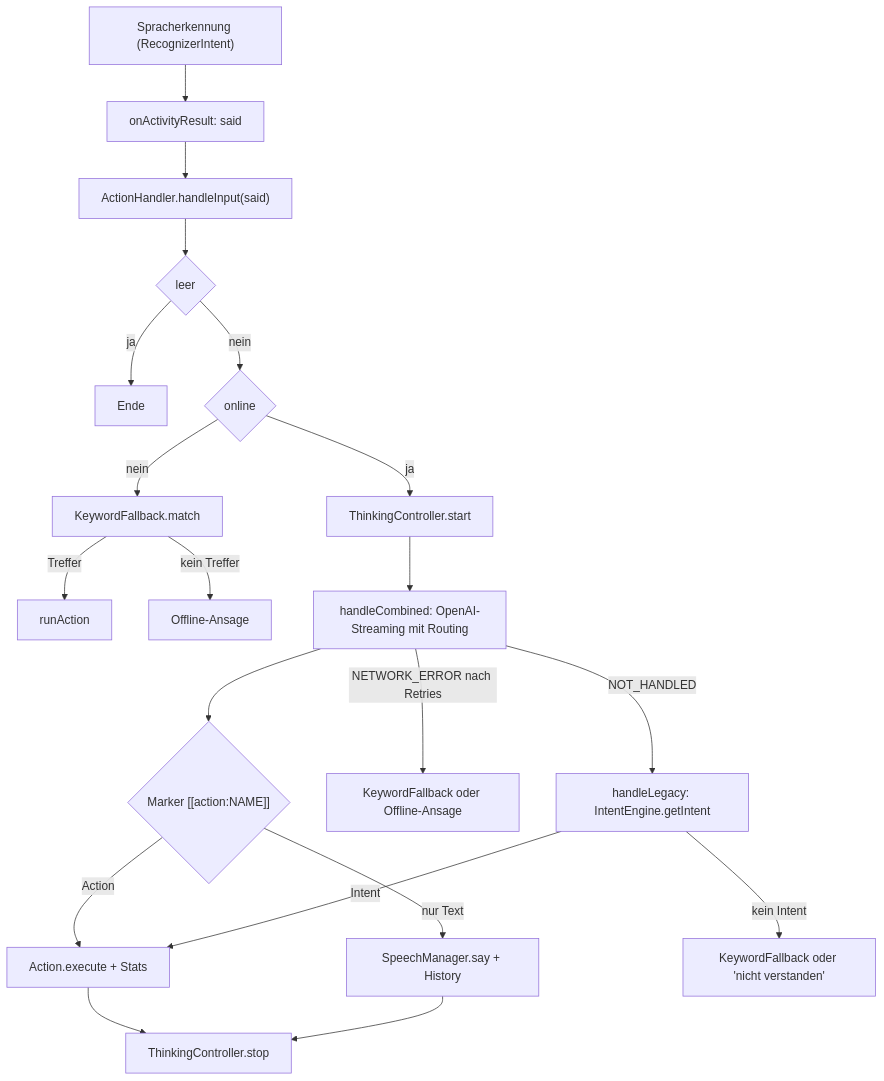
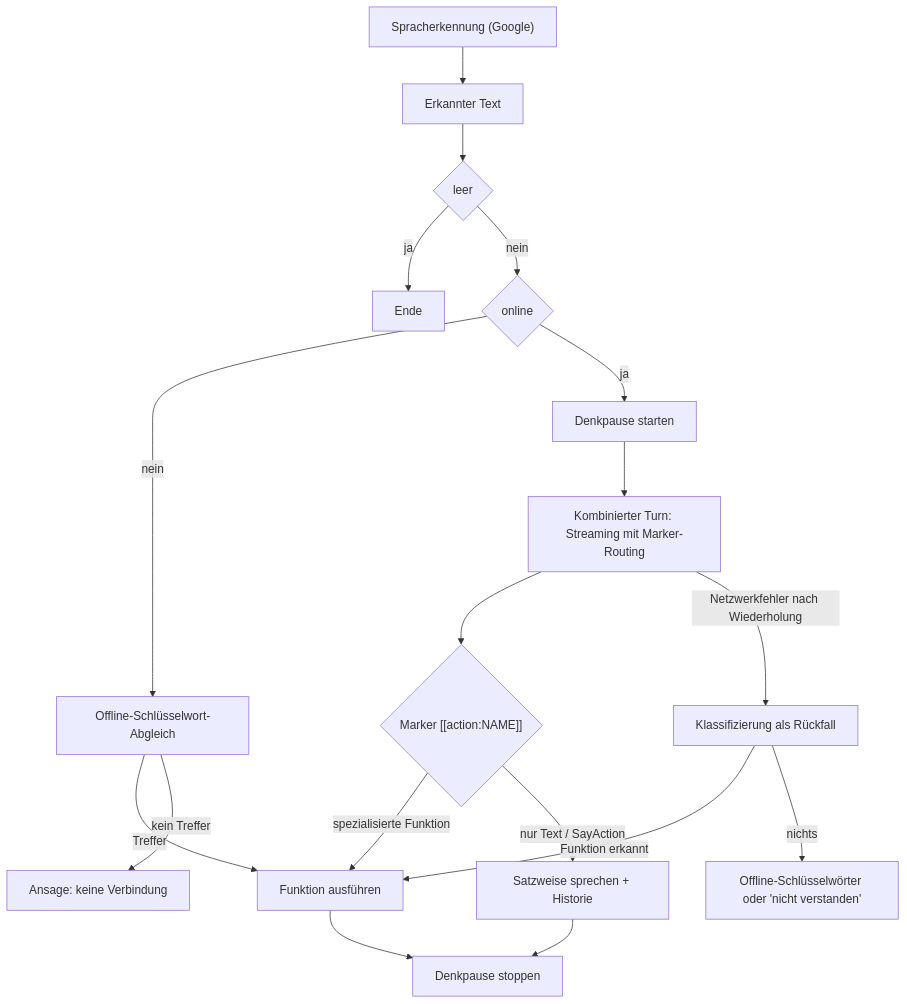
One commit to nijasc/Pepper changed the second of 12 diagrams in FLOWS.md. Above: the diagram before and after it, drawn with Mermaid. The commit also changed other lines of this file and 3 other files, not shown here.

First line of the commit message:
Doku auf aktuellen Stand: README und FLOWS ueberarbeitet, Extra-Dateien entfernt

````diff
--- a/FLOWS.md
+++ b/FLOWS.md
@@ -48,22 +47,20 @@
 ```mermaid
 flowchart TD
-    Mic["Spracherkennung (RecognizerIntent)"] --> Result["onActivityResult: said"]
-    Result --> Handle["ActionHandler.handleInput(said)"]
-    Handle --> Empty{leer}
+    Mic["Spracherkennung (Google)"] --> Result[Erkannter Text]
+    Result --> Empty{leer}
     Empty -->|ja| End1[Ende]
     Empty -->|nein| Online{online}
-    Online -->|nein| KwOff[KeywordFallback.match]
-    KwOff -->|Treffer| RunKw[runAction]
-    KwOff -->|kein Treffer| SayOff[Offline-Ansage]
-    Online -->|ja| Think[ThinkingController.start]
-    Think --> Combined["handleCombined: OpenAI-Streaming mit Routing"]
+    Online -->|nein| KwOff[Offline-Schlüsselwort-Abgleich]
+    KwOff -->|Treffer| Exec["Funktion ausführen"]
+    KwOff -->|kein Treffer| SayOff["Ansage: keine Verbindung"]
+    Online -->|ja| Think[Denkpause starten]
+    Think --> Combined["Kombinierter Turn: Streaming mit Marker-Routing"]
     Combined --> Marker{"Marker [[action:NAME]]"}
-    Marker -->|Action| Exec["Action.execute + Stats"]
-    Marker -->|nur Text| Say["SpeechManager.say + History"]
-    Combined -->|NETWORK_ERROR nach Retries| KwErr[KeywordFallback oder Offline-Ansage]
-    Combined -->|NOT_HANDLED| Legacy["handleLegacy: IntentEngine.getIntent"]
-    Legacy -->|Intent| Exec
-    Legacy -->|kein Intent| KwLegacy["KeywordFallback oder 'nicht verstanden'"]
-    Exec --> Stop[ThinkingController.stop]
+    Marker -->|spezialisierte Funktion| Exec
+    Marker -->|nur Text / SayAction| Say["Satzweise sprechen + Historie"]
+    Combined -->|Netzwerkfehler nach Wiederholung| KwErr[Klassifizierung als Rückfall]
+    KwErr -->|Funktion erkannt| Exec
+    KwErr -->|nichts| KwLast["Offline-Schlüsselwörter oder 'nicht verstanden'"]
+    Exec --> Stop[Denkpause stoppen]
     Say --> Stop
 ```
````
